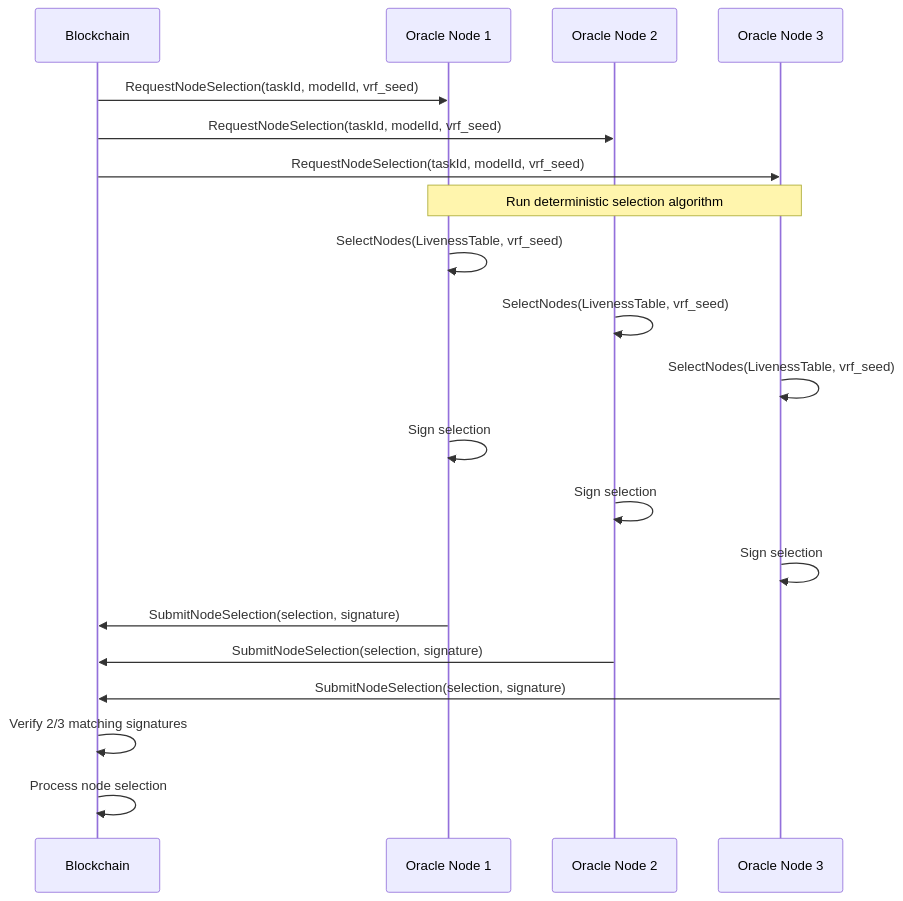
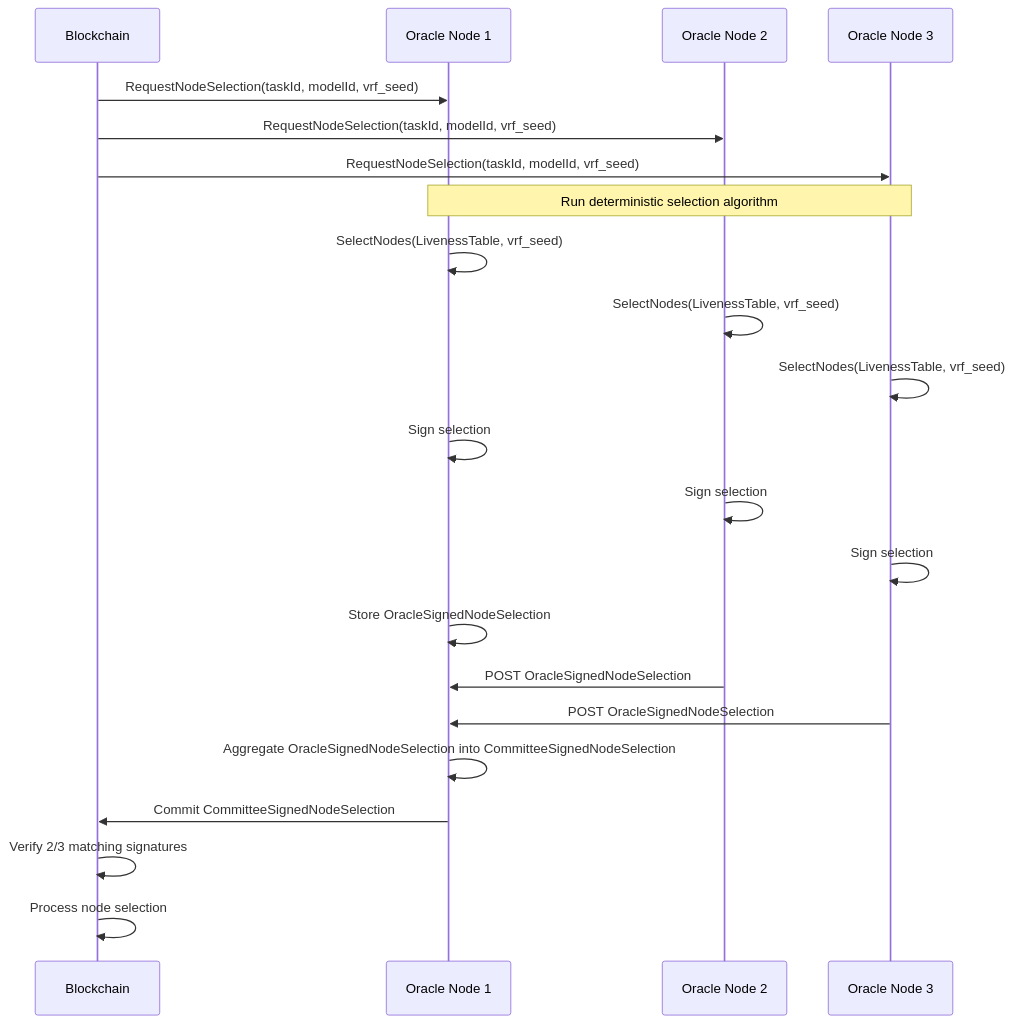
Before and after one commit to ToxicPine/planning-win: the fourth of 7 diagrams in concrete_plans/heartbeat_oracle/index.md, drawn with Mermaid. The commit also changed other lines of this file and 5 other files, not shown here.

````diff
--- a/concrete_plans/heartbeat_oracle/index.md
+++ b/concrete_plans/heartbeat_oracle/index.md
@@ -107,28 +129,32 @@
 ```mermaid
 sequenceDiagram
     participant BC as Blockchain
     participant O1 as Oracle Node 1
     participant O2 as Oracle Node 2
     participant O3 as Oracle Node 3
 
     BC->>O1: RequestNodeSelection(taskId, modelId, vrf_seed)
     BC->>O2: RequestNodeSelection(taskId, modelId, vrf_seed)
     BC->>O3: RequestNodeSelection(taskId, modelId, vrf_seed)
 
     Note over O1,O3: Run deterministic selection algorithm
 
     O1->>O1: SelectNodes(LivenessTable, vrf_seed)
     O2->>O2: SelectNodes(LivenessTable, vrf_seed)
     O3->>O3: SelectNodes(LivenessTable, vrf_seed)
 
     O1->>O1: Sign selection
     O2->>O2: Sign selection
     O3->>O3: Sign selection
 
-    O1->>BC: SubmitNodeSelection(selection, signature)
-    O2->>BC: SubmitNodeSelection(selection, signature)
-    O3->>BC: SubmitNodeSelection(selection, signature)
+    O1->>O1: Store OracleSignedNodeSelection
+    O2->>O1: POST OracleSignedNodeSelection
+    O3->>O1: POST OracleSignedNodeSelection
+
+    O1->>O1: Aggregate OracleSignedNodeSelection into CommitteeSignedNodeSelection
+
+    O1->>BC: Commit CommitteeSignedNodeSelection
 
     BC->>BC: Verify 2/3 matching signatures
     BC->>BC: Process node selection
 ```
````
